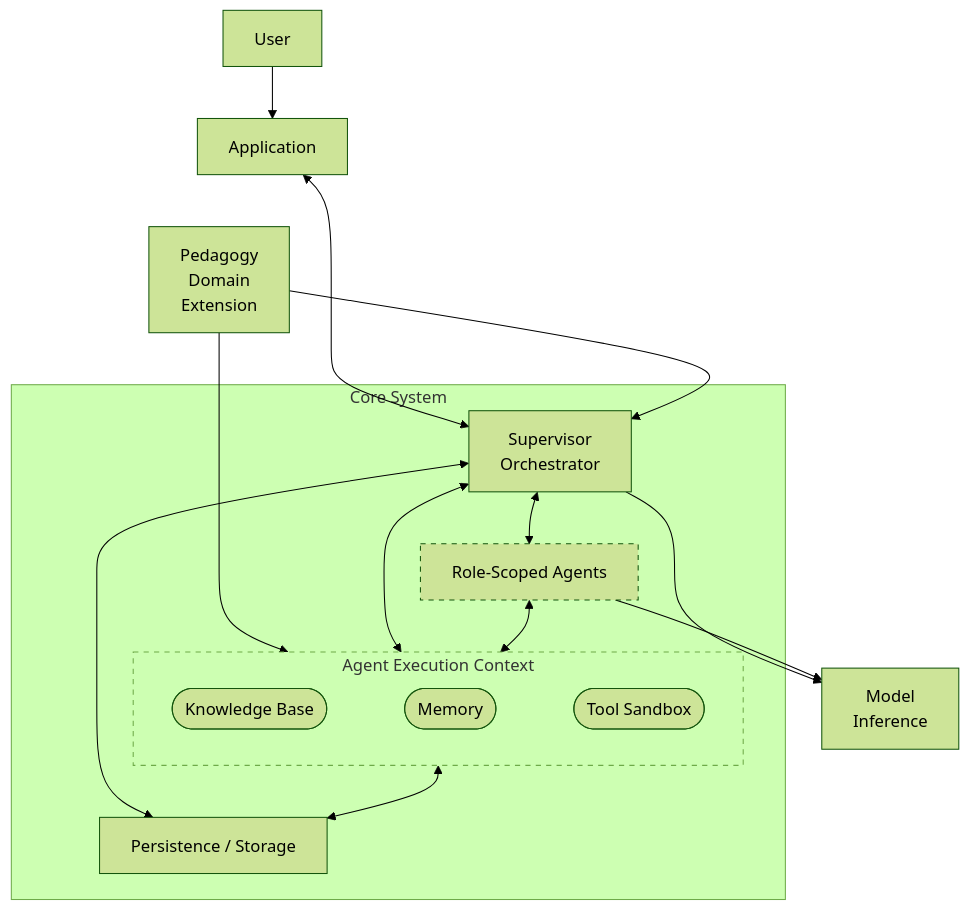
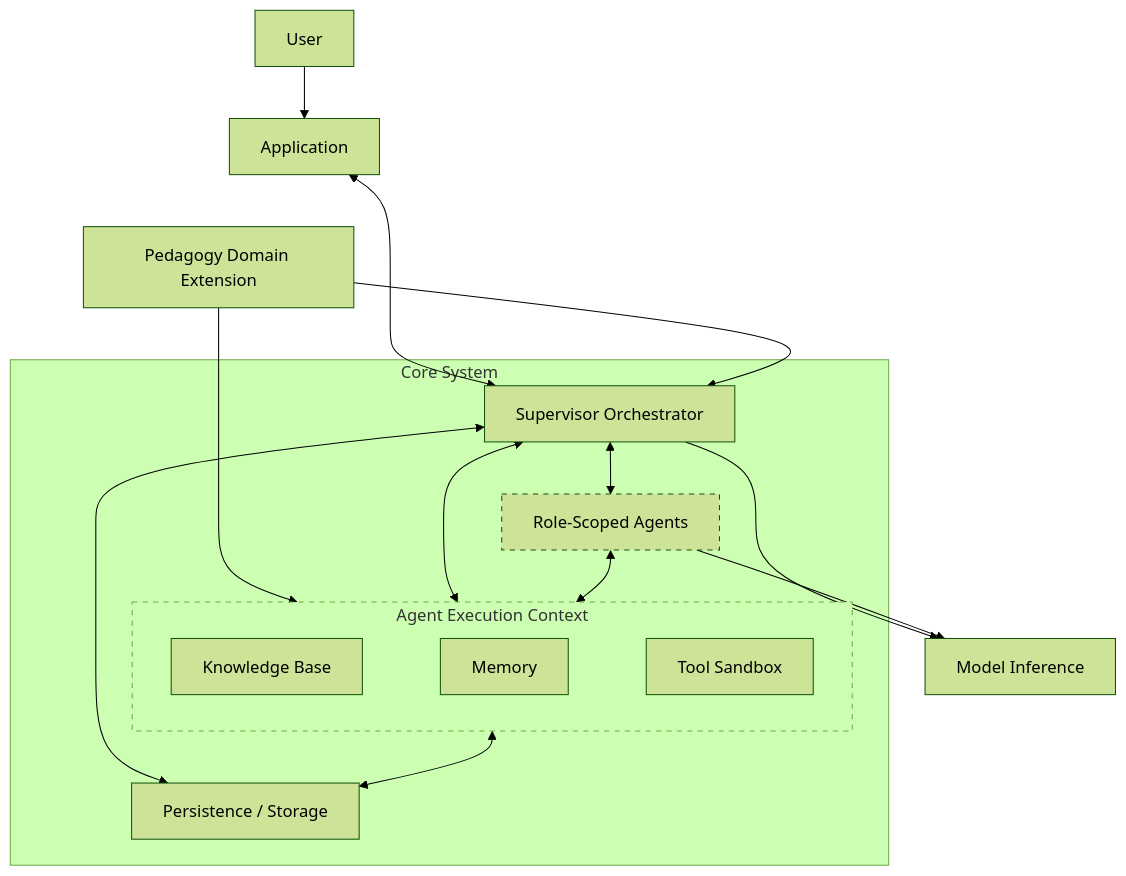
The first of 7 diagrams in docs/3_system-design.md (phuongbv00/alignmentgraph-isd), drawn with Mermaid (forest theme) before and after one commit. The commit also changed other lines of this file, not shown here.

````diff
--- a/docs/3_system-design.md
+++ b/docs/3_system-design.md
@@ -56,43 +56,43 @@
 ```mermaid
 flowchart TB
     T["User"]
     APP["Application"]
-    EXT["Pedagogy<br/>Domain<br/>Extension"]
-    MODEL["Model<br/>Inference"]
+    EXT["Pedagogy Domain Extension"]
+    MODEL["Model Inference"]
 
     APP ~~~ EXT
 
     subgraph CORE["Core System"]
-        ORCHESTRATOR["Supervisor<br/>Orchestrator"]
+        ORCHESTRATOR["Supervisor Orchestrator"]
         AGENTS["Role-Scoped Agents"]
         subgraph EXEC_CTX["Agent Execution Context"]
             direction LR
-            KNOW([Knowledge Base])
-            MEM([Memory])
-            TOOL([Tool Sandbox])
+            KNOW["Knowledge Base"]
+            MEM["Memory"]
+            TOOL["Tool Sandbox"]
             KNOW ~~~ MEM ~~~ TOOL
         end
         STORE["Persistence / Storage"]
     end
 
     CORE ~~~ MODEL
 
     T --> APP
     APP <--> ORCHESTRATOR
 
     ORCHESTRATOR <--> AGENTS
 
     EXT --> ORCHESTRATOR
     EXT --> EXEC_CTX
     ORCHESTRATOR <--> EXEC_CTX
     ORCHESTRATOR <--> STORE
     ORCHESTRATOR --> MODEL
 
     AGENTS <--> EXEC_CTX
     AGENTS --> MODEL
 
     EXEC_CTX <--> STORE
 
     style AGENTS stroke-dasharray: 5 5
     style EXEC_CTX stroke-dasharray: 5 5
 ```
````
